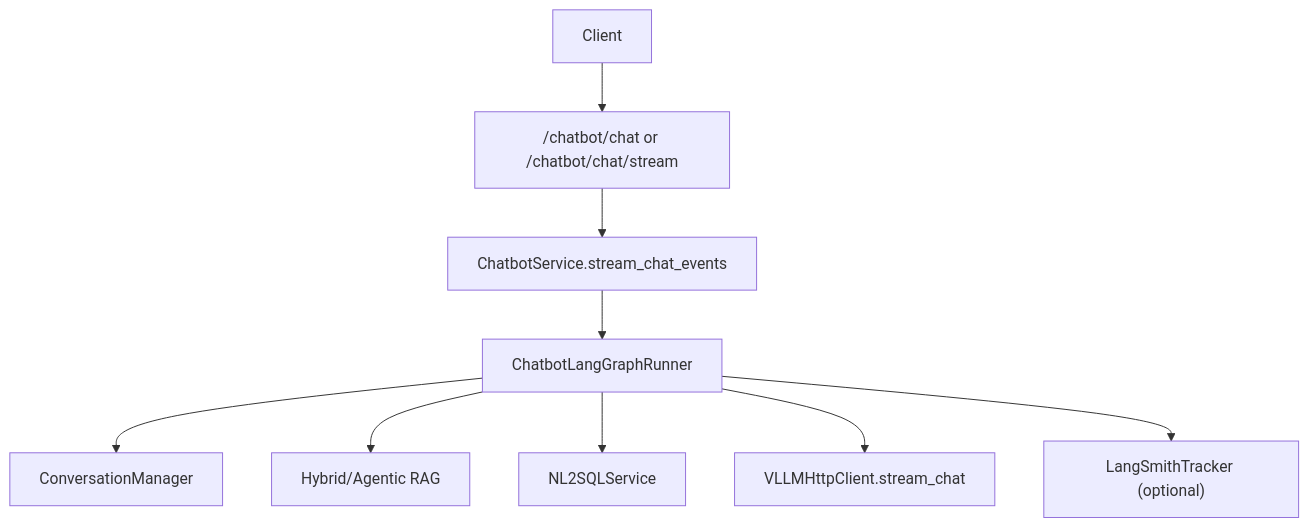
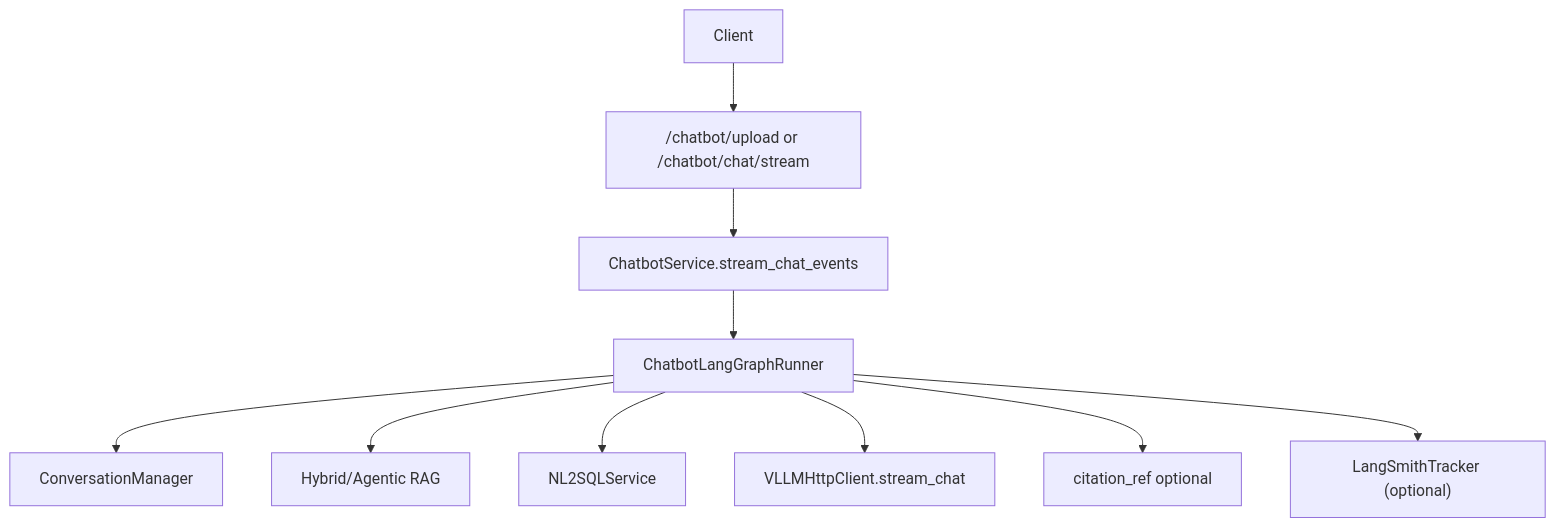
Before and after one commit to gaocf888/models_app_framework: the diagram in framework-guide/智能客服整体实现技术说明.md, drawn with Mermaid. The commit also changed other lines of this file and 1 other file, not shown here.

````diff
--- a/framework-guide/智能客服整体实现技术说明.md
+++ b/framework-guide/智能客服整体实现技术说明.md
@@ -174,11 +195,12 @@
 ```mermaid
 flowchart TB
-    Client["Client"] --> API["/chatbot/chat or /chatbot/chat/stream"]
+    Client["Client"] --> API["/chatbot/upload or /chatbot/chat/stream"]
     API --> Svc["ChatbotService.stream_chat_events"]
     Svc --> Graph["ChatbotLangGraphRunner"]
     Graph --> Conv["ConversationManager"]
     Graph --> RAG["Hybrid/Agentic RAG"]
     Graph --> NL2SQL["NL2SQLService"]
     Graph --> LLM["VLLMHttpClient.stream_chat"]
+    Graph --> Cit["citation_ref optional"]
     Graph --> Obs["LangSmithTracker (optional)"]
 ```
````
